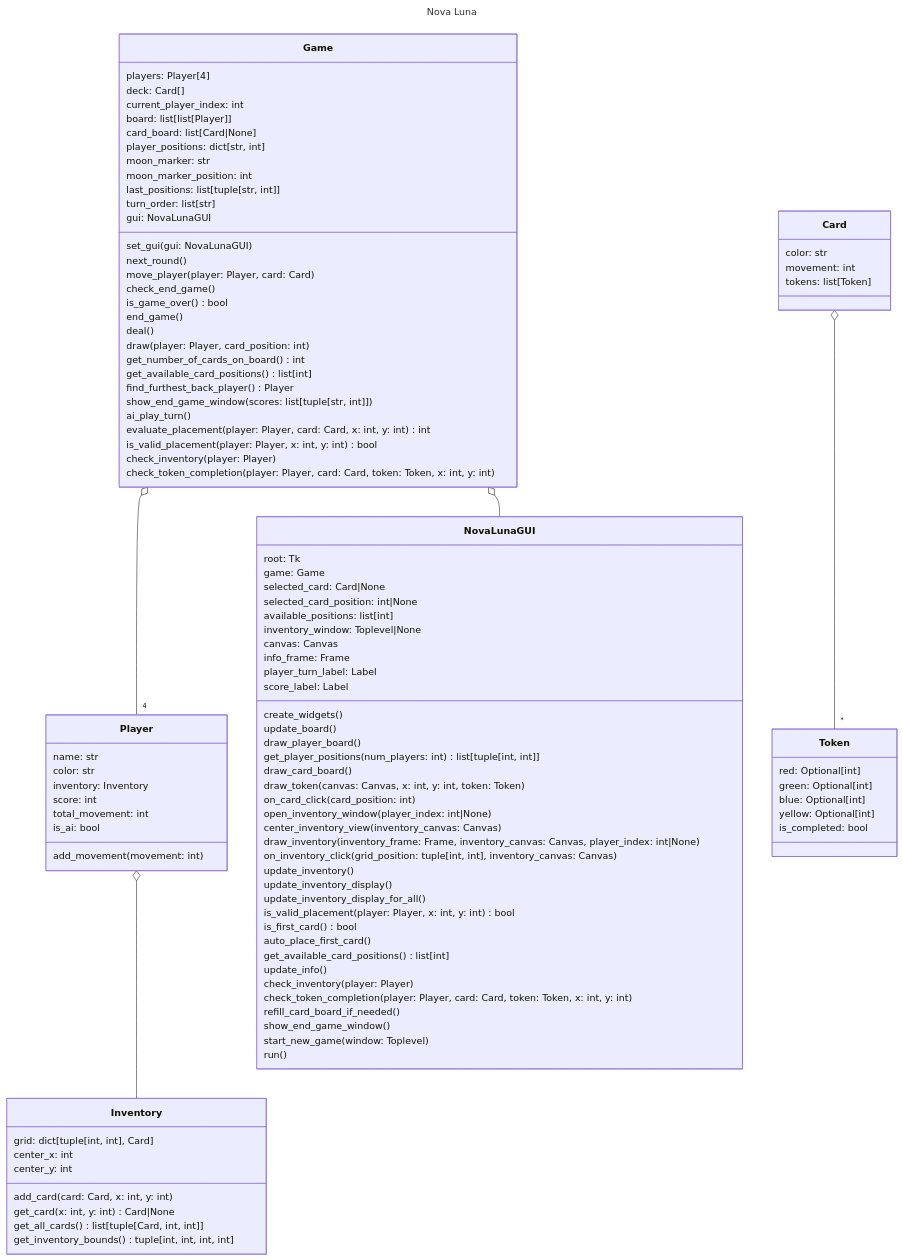
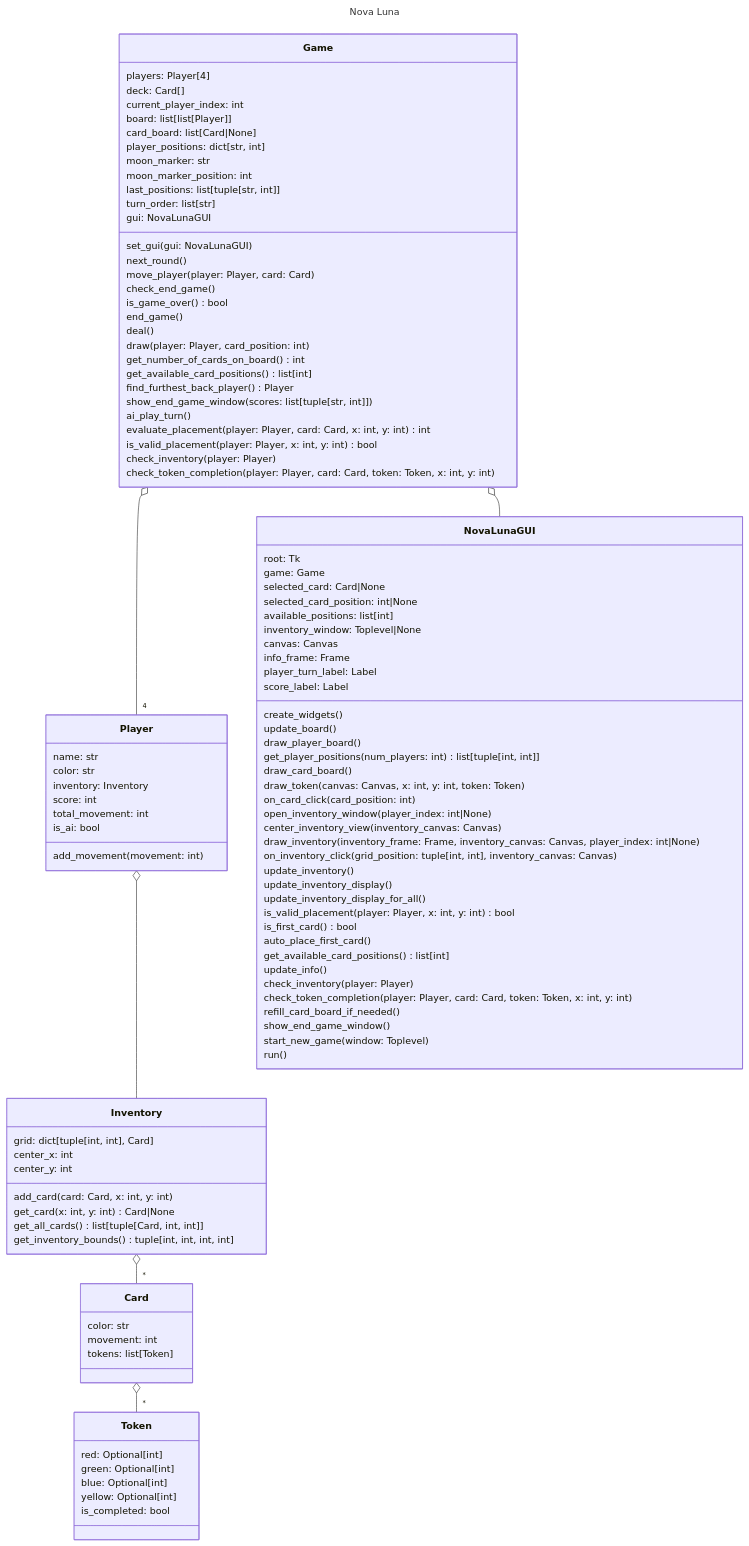
The diagram in classdiagram.md (Uni-Sopron/nova-luna), drawn with Mermaid before and after one commit.

Commit message:
Adat struktúra frissítése

```diff
--- a/classdiagram.md
+++ b/classdiagram.md
@@ -62,6 +62,7 @@
     movement: int
     tokens: list[Token]
 }
+Inventory o-- "*" Card
 
 class Token {
     red: Optional[int]
```
